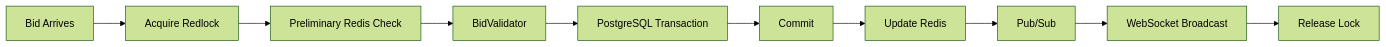
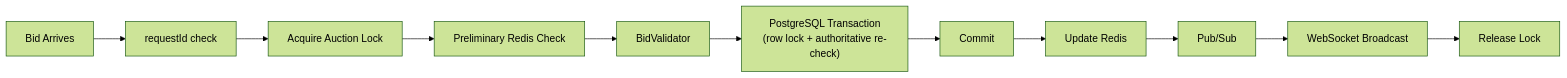
One commit to ghadi0alzhrani0/Mezyad changed the sixth of 12 diagrams in Stage_3/Report.MD. Above: the diagram before and after it, drawn with Mermaid (forest theme). The commit also changed other lines of this file, not shown here.

````diff
--- a/Stage_3/Report.MD
+++ b/Stage_3/Report.MD
@@ -517,22 +519,24 @@
 ```mermaid
 flowchart LR
     Bid["Bid Arrives"]
-    Lock["Acquire Redlock"]
+    ReqId["requestId check"]
+    Lock["Acquire Auction Lock"]
     Cache["Preliminary Redis Check"]
     Validate["BidValidator"]
-    PG["PostgreSQL Transaction"]
+    PG["PostgreSQL Transaction<br/>(row lock + authoritative re-check)"]
     Commit["Commit"]
     Update["Update Redis"]
     Publish["Pub/Sub"]
     Broadcast["WebSocket Broadcast"]
     Release["Release Lock"]
-    Bid --> Lock
+    Bid --> ReqId
+    ReqId --> Lock
     Lock --> Cache
     Cache --> Validate
     Validate --> PG
     PG --> Commit
     Commit --> Update
     Update --> Publish
     Publish --> Broadcast
     Broadcast --> Release
 ```
````
